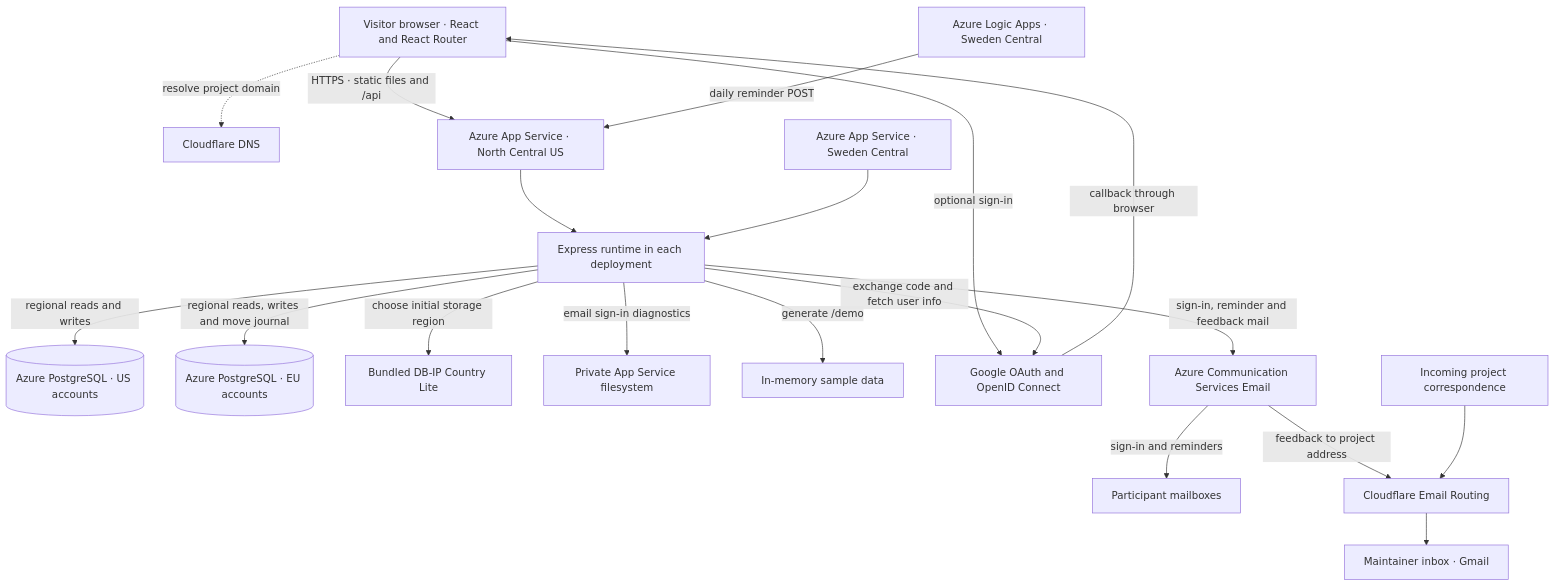
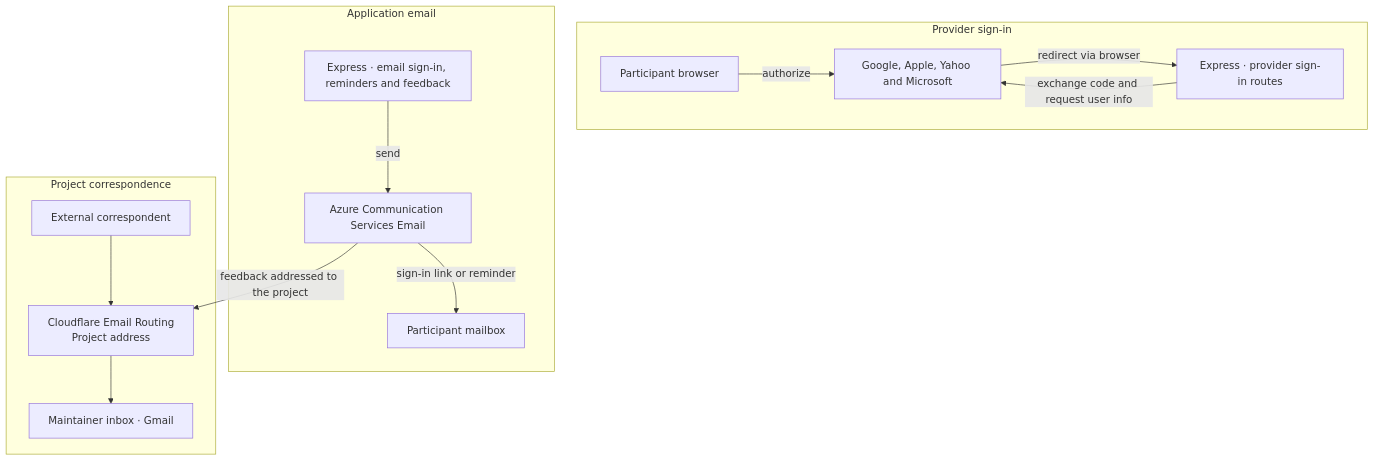
Before and after one commit to ethanrimes/reunite-now: the third of 6 diagrams in docs/ARCHITECTURE.md, drawn with Mermaid. The commit also changed other lines of this file and 25 other files, not shown here.

Commit message:
Add Apple, Yahoo and Microsoft petition sign-in and simplify visa timeline sharing

````diff
--- a/docs/ARCHITECTURE.md
+++ b/docs/ARCHITECTURE.md
@@ -9,24 +67,26 @@
 ```mermaid
 flowchart TB
-    browser["Visitor browser · React and React Router"]
-    dns["Cloudflare DNS"]
-    browser -. "resolve project domain" .-> dns
-    browser -->|"HTTPS · static files and /api"| us["Azure App Service · North Central US"]
-    eu["Azure App Service · Sweden Central"]
-    scheduler["Azure Logic Apps · Sweden Central"] -->|"daily reminder POST"| us
-    us --> app["Express runtime in each deployment"]
-    eu --> app
-    app -->|"regional reads and writes"| usdb[("Azure PostgreSQL · US accounts")]
-    app -->|"regional reads, writes and move journal"| eudb[("Azure PostgreSQL · EU accounts")]
-    app -->|"choose initial storage region"| geo["Bundled DB-IP Country Lite"]
-    app -->|"email sign-in diagnostics"| logs["Private App Service filesystem"]
-    app -->|"generate /demo"| demo["In-memory sample data"]
-    browser -->|"optional sign-in"| google["Google OAuth and OpenID Connect"]
-    google -->|"callback through browser"| browser
-    app -->|"exchange code and fetch user info"| google
-    app -->|"sign-in, reminder and feedback mail"| mail["Azure Communication Services Email"]
-    mail -->|"sign-in and reminders"| recipients["Participant mailboxes"]
-    mail -->|"feedback to project address"| forwarding["Cloudflare Email Routing"]
-    sender["Incoming project correspondence"] --> forwarding
-    forwarding --> inbox["Maintainer inbox · Gmail"]
+    subgraph auth["Provider sign-in"]
+        browser["Participant browser"]
+        providers["Google, Apple, Yahoo and Microsoft"]
+        authApi["Express · provider sign-in routes"]
+        browser -->|"authorize"| providers
+        providers -->|"redirect via browser"| authApi
+        authApi -->|"exchange code and request user info"| providers
+    end
+    subgraph outbound["Application email"]
+        producer["Express · email sign-in, reminders and feedback"]
+        mail["Azure Communication Services Email"]
+        participant["Participant mailbox"]
+        producer -->|"send"| mail
+        mail -->|"sign-in link or reminder"| participant
+    end
+    subgraph inbound["Project correspondence"]
+        sender["External correspondent"]
+        forwarding["Cloudflare Email Routing<br/>Project address"]
+        inbox["Maintainer inbox · Gmail"]
+        sender --> forwarding
+        forwarding --> inbox
+    end
+    mail -->|"feedback addressed to the project"| forwarding
 ```
````
